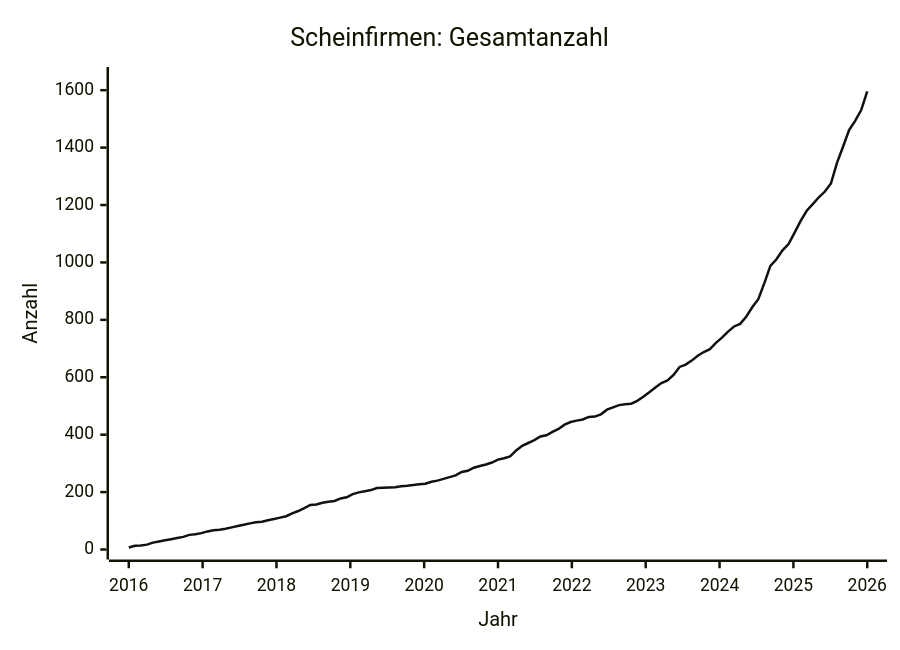
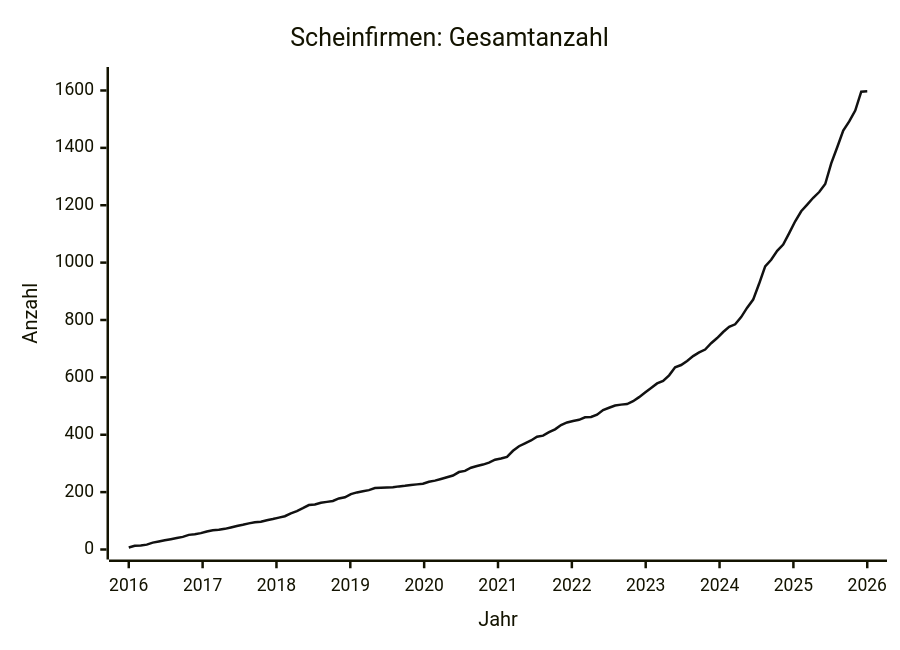
The diagram in data/STATS.md (arjoma/scheinfirmen-at), drawn with Mermaid before and after one commit. The commit also changed other lines of this file and 3 other files, not shown here.

````diff
--- a/data/STATS.md
+++ b/data/STATS.md
@@ -9,13 +9,13 @@
 ```mermaid
 ---
 config:
   themeVariables:
     xyChart:
       plotColorPalette: "#111111"
 ---
 xychart-beta
     title "Scheinfirmen: Gesamtanzahl"
     x-axis "Jahr" 2016 --> 2026
-    y-axis "Anzahl" 0 --> 1646
-    line [7, 13, 14, 17, 24, 28, 32, 36, 40, 44, 51, 53, 57, 63, 67, 69, 72, 77, 82, 86, 91, 95, 97, 102, 106, 111, 116, 126, 134, 144, 155, 157, 163, 166, 169, 178, 182, 193, 199, 203, 207, 214, 215, 216, 217, 220, 222, 225, 227, 229, 236, 240, 246, 252, 258, 270, 274, 285, 291, 296, 303, 313, 318, 324, 345, 361, 371, 381, 394, 398, 410, 420, 435, 444, 449, 453, 462, 463, 471, 487, 495, 503, 506, 508, 518, 532, 548, 564, 580, 589, 608, 636, 644, 658, 675, 688, 698, 720, 738, 759, 777, 786, 811, 844, 872, 928, 988, 1011, 1042, 1064, 1104, 1145, 1180, 1203, 1227, 1247, 1275, 1347, 1403, 1461, 1493, 1531, 1596]
+    y-axis "Anzahl" 0 --> 1647
+    line [7, 13, 14, 17, 24, 28, 32, 36, 40, 44, 51, 53, 57, 63, 67, 69, 72, 77, 82, 86, 91, 95, 97, 102, 106, 111, 116, 126, 134, 144, 155, 157, 163, 166, 169, 178, 182, 193, 199, 203, 207, 214, 215, 216, 217, 220, 222, 225, 227, 229, 236, 240, 246, 252, 258, 270, 274, 285, 291, 296, 303, 313, 317, 323, 344, 360, 370, 380, 393, 397, 409, 419, 434, 443, 448, 452, 461, 462, 470, 486, 494, 502, 505, 507, 517, 531, 547, 563, 579, 588, 607, 635, 643, 657, 674, 687, 697, 719, 737, 758, 776, 785, 810, 843, 871, 927, 987, 1010, 1041, 1063, 1103, 1144, 1179, 1202, 1226, 1246, 1274, 1346, 1402, 1460, 1492, 1530, 1596, 1597]
 ```
````
